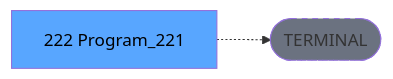
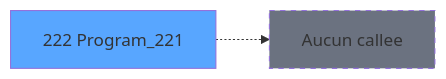
One commit to thonyAGP/magic-migration changed the third of 3 diagrams in .openspec/specs/ADH-IDE-222.md. Above: the diagram before and after it, drawn with Mermaid. The commit also changed other lines of this file and 493 other files, not shown here.

````diff
--- a/.openspec/specs/ADH-IDE-222.md
+++ b/.openspec/specs/ADH-IDE-222.md
@@ -138,8 +129,8 @@
 ```mermaid
 graph LR
-    T[222 Program_221]
-    TERM([TERMINAL])
-    T -.-> TERM
-    style TERM fill:#6b7280,stroke-dasharray: 5 5
-    style T fill:#58a6ff,color:#000
+    T222[222 Program_221]
+    style T222 fill:#58a6ff
+    NONE[Aucun callee]
+    T222 -.-> NONE
+    style NONE fill:#6b7280,stroke-dasharray: 5 5
 ```
````
